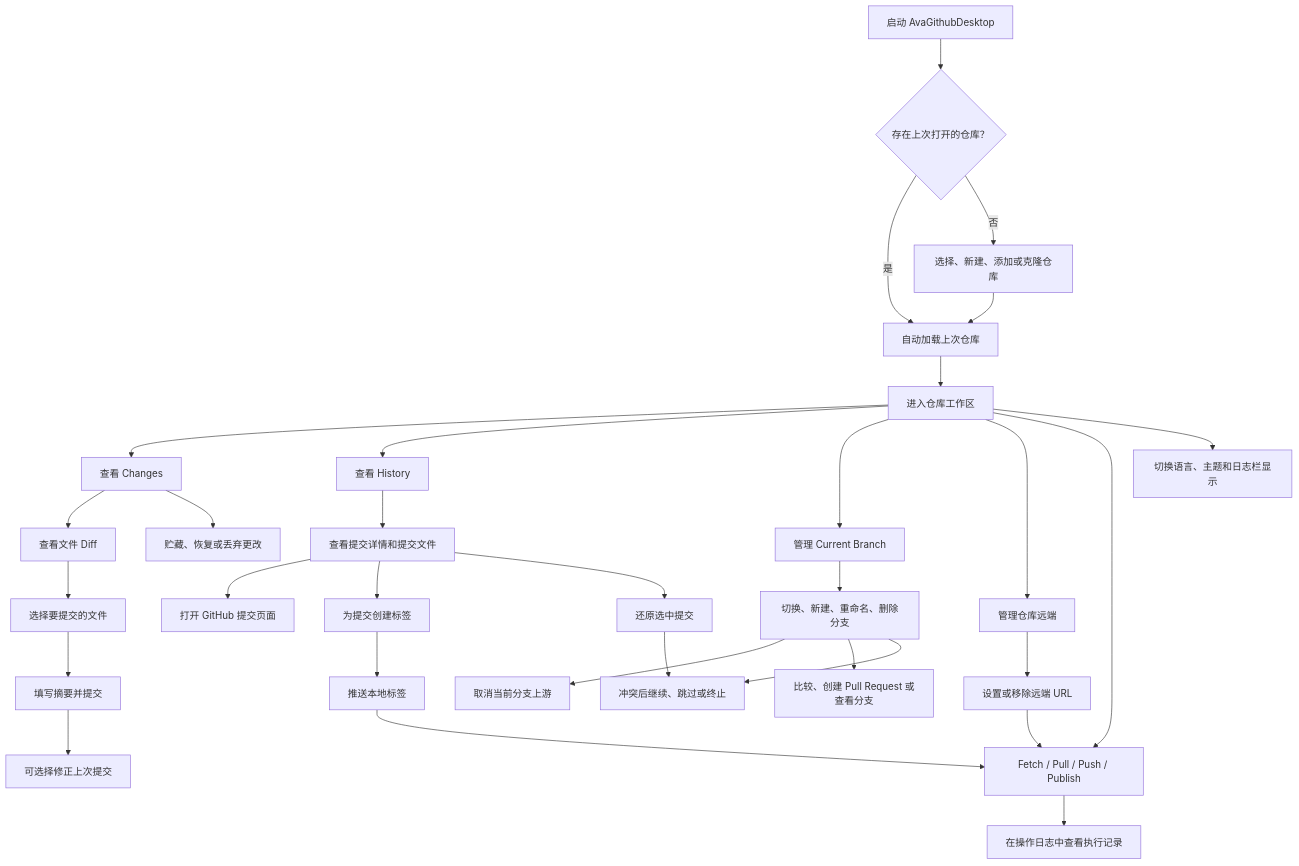
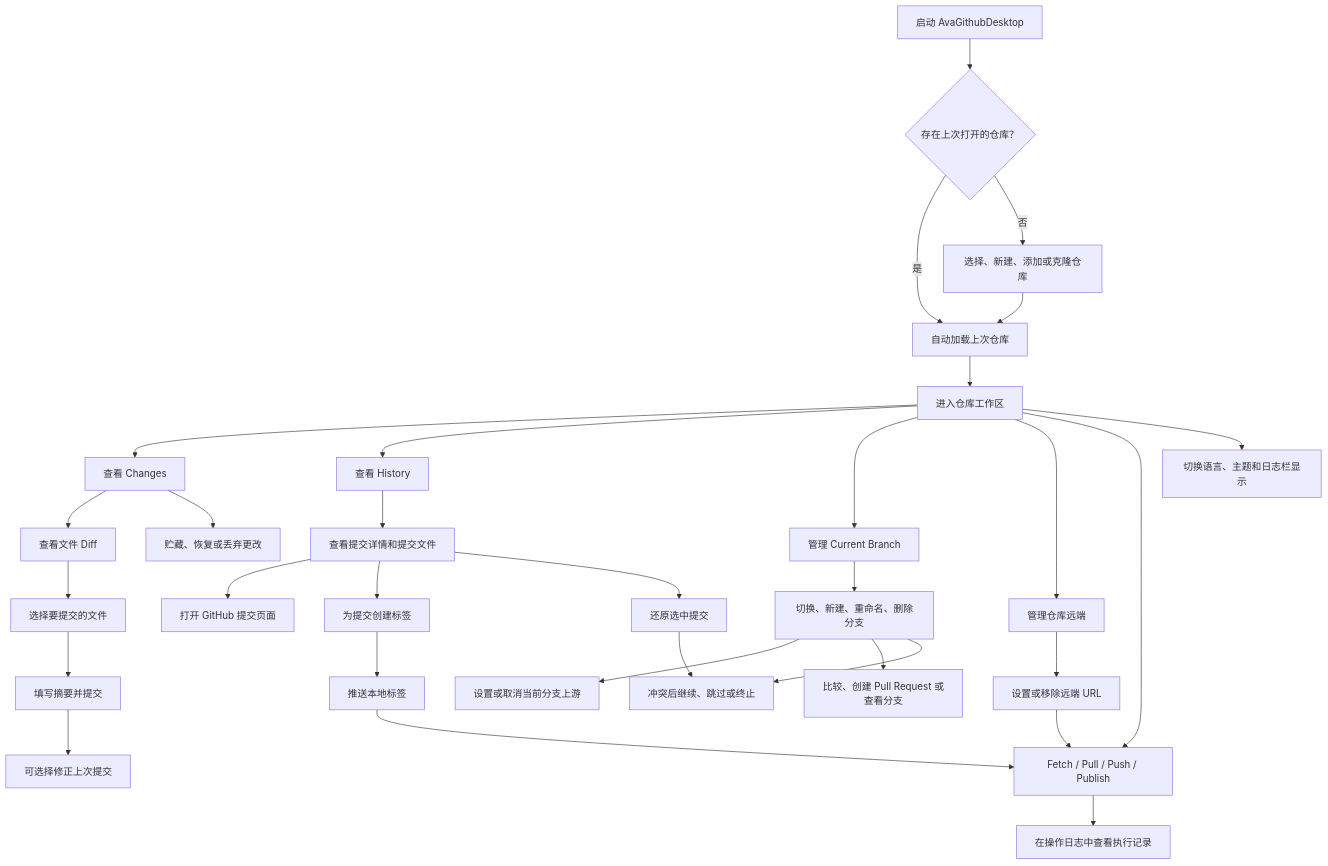
Before and after one commit to dotnet9/AvaGithubDesktop: the diagram in docs/AvaGithubDesktop需求文档.md, drawn with Mermaid. The commit also changed other lines of this file and 16 other files, not shown here.

````diff
--- a/docs/AvaGithubDesktop需求文档.md
+++ b/docs/AvaGithubDesktop需求文档.md
@@ -42,33 +42,33 @@
 ```mermaid
 flowchart TD
     Start["启动 AvaGithubDesktop"] --> Restore{"存在上次打开的仓库？"}
     Restore -->|是| LoadRepo["自动加载上次仓库"]
     Restore -->|否| PickRepo["选择、新建、添加或克隆仓库"]
     PickRepo --> LoadRepo
     LoadRepo --> Workspace["进入仓库工作区"]
     Workspace --> Changes["查看 Changes"]
     Workspace --> History["查看 History"]
     Workspace --> Branch["管理 Current Branch"]
     Workspace --> Remote["管理仓库远端"]
     Workspace --> Sync["Fetch / Pull / Push / Publish"]
     Changes --> ReviewDiff["查看文件 Diff"]
     ReviewDiff --> SelectFiles["选择要提交的文件"]
     SelectFiles --> Commit["填写摘要并提交"]
     Commit --> Amend["可选择修正上次提交"]
     Changes --> Stash["贮藏、恢复或丢弃更改"]
     History --> CommitDetail["查看提交详情和提交文件"]
     CommitDetail --> OpenCommit["打开 GitHub 提交页面"]
     CommitDetail --> CreateTag["为提交创建标签"]
     CommitDetail --> RevertCommit["还原选中提交"]
     RevertCommit --> ConflictOps
     Branch --> BranchOps["切换、新建、重命名、删除分支"]
-    BranchOps --> UpstreamOps["取消当前分支上游"]
+    BranchOps --> UpstreamOps["设置或取消当前分支上游"]
     BranchOps --> BranchGitHub["比较、创建 Pull Request 或查看分支"]
     BranchOps --> ConflictOps["冲突后继续、跳过或终止"]
     Remote --> RemoteOps["设置或移除远端 URL"]
     RemoteOps --> Sync
     CreateTag --> PushTags["推送本地标签"]
     PushTags --> Sync
     Sync --> OperationLog["在操作日志中查看执行记录"]
     Workspace --> Settings["切换语言、主题和日志栏显示"]
 ```
````
